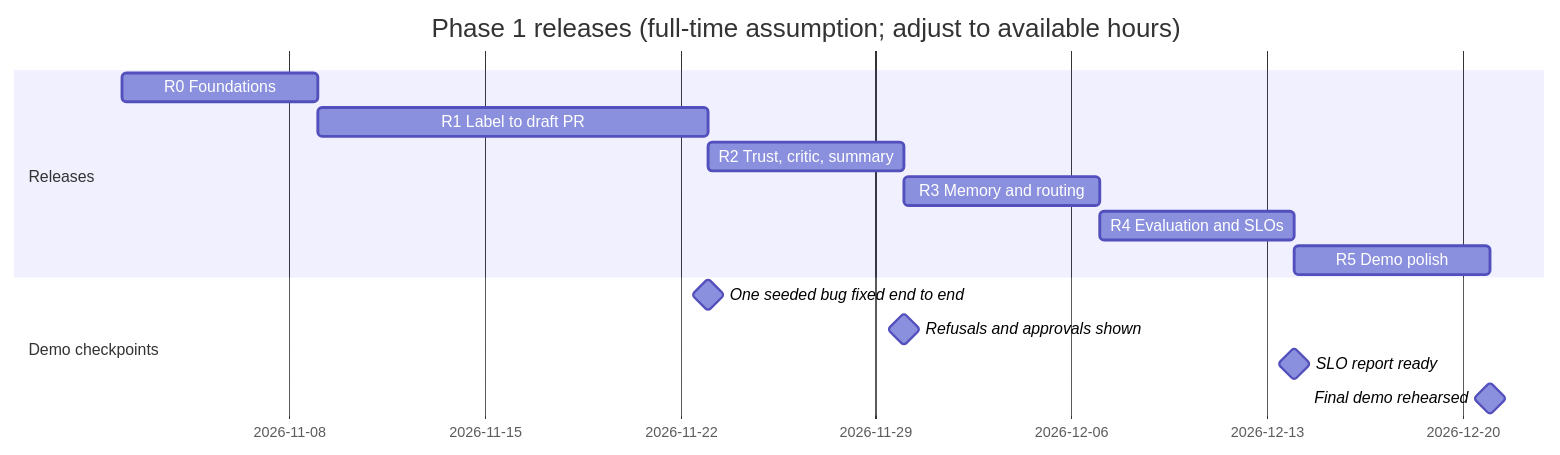
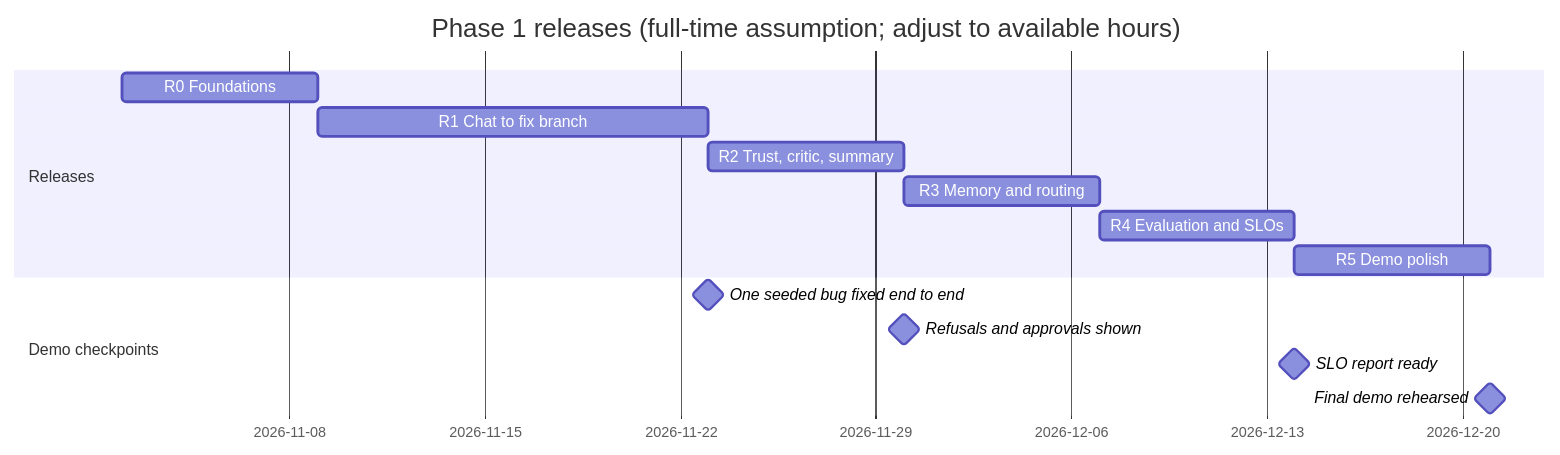
One commit to SubashNadar/issue-to-pr-agent changed the diagram in docs/PLAN.md. Above: the diagram before and after it, drawn with Mermaid. The commit also changed other lines of this file and 4 other files, not shown here.

````diff
--- a/docs/PLAN.md
+++ b/docs/PLAN.md
@@ -25,17 +25,17 @@
 ```mermaid
 gantt
   title Phase 1 releases (full-time assumption; adjust to available hours)
   dateFormat YYYY-MM-DD
   section Releases
   R0 Foundations                     :r0, 2026-11-02, 7d
-  R1 Label to draft PR               :r1, after r0, 14d
+  R1 Chat to fix branch              :r1, after r0, 14d
   R2 Trust, critic, summary          :r2, after r1, 7d
   R3 Memory and routing              :r3, after r2, 7d
   R4 Evaluation and SLOs             :r4, after r3, 7d
   R5 Demo polish                     :r5, after r4, 7d
   section Demo checkpoints
   One seeded bug fixed end to end    :milestone, m1, after r1, 0d
   Refusals and approvals shown       :milestone, m2, after r2, 0d
   SLO report ready                   :milestone, m3, after r4, 0d
   Final demo rehearsed               :milestone, m4, after r5, 0d
 ```
````
